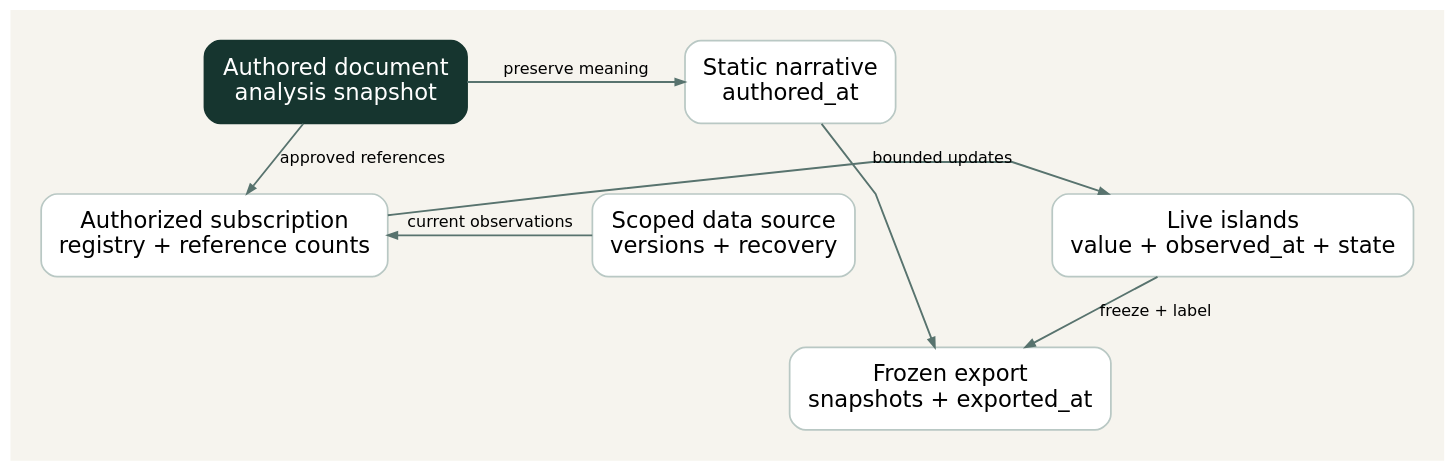
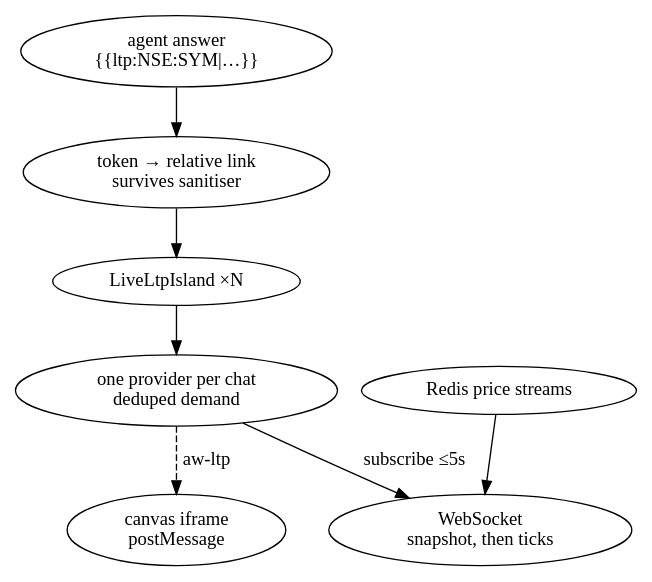
The diagram in src/assets/blog-diagrams/14-live-islands-static-reports-real-time-ui.dot (Shaunfurtado/Shaunfurtado.github.io), drawn with Graphviz before and after one commit. The commit also changed 114 other files, not shown here.

First line of the commit message:
refactor: rewrite blog posts around real system details and theme the diagrams

```diff
--- a/src/assets/blog-diagrams/14-live-islands-static-reports-real-time-ui.dot
+++ b/src/assets/blog-diagrams/14-live-islands-static-reports-real-time-ui.dot
@@ -1,20 +1,14 @@
-digraph design {
-graph [rankdir=TB, bgcolor="#f6f4ee", pad="0.32", nodesep="0.42", ranksep="0.55", splines=polyline, fontname="DejaVu Sans", fontsize=18];
-node [shape=box, style="rounded,filled", fillcolor="#ffffff", color="#b9c8c4", penwidth=1.3, fontname="DejaVu Sans", fontsize=17, margin="0.20,0.16"];
-edge [color="#58736e", fontname="DejaVu Sans", fontsize=12, arrowsize=0.7, penwidth=1.4];
-doc [label="Authored document\nanalysis snapshot",fillcolor="#16352f",fontcolor="#ffffff",color="#16352f"];
-static [label="Static narrative\nauthored_at"];
-registry [label="Authorized subscription\nregistry + reference counts"];
-live [label="Live islands\nvalue + observed_at + state"];
-export [label="Frozen export\nsnapshots + exported_at"];
-source [label="Scoped data source\nversions + recovery"];
-doc -> static [label="preserve meaning"];
-doc -> registry [label="approved references"];
-source -> registry [label="current observations"];
-registry -> live [label="bounded updates"];
-static -> export [label=""];
-live -> export [label="freeze + label"];
-{rank=same; doc; static;}
-{rank=same; source; registry; live;}
-{rank=same; export;}
+digraph islands {
+rankdir=TB;
+answer [label="agent answer\n{{ltp:NSE:SYM|…}}"];
+md [label="token → relative link\nsurvives sanitiser"];
+island [label="LiveLtpIsland ×N"];
+prov [label="one provider per chat\ndeduped demand", class="key"];
+ws [label="WebSocket\nsnapshot, then ticks"];
+redis [label="Redis price streams", class="ghost"];
+frame [label="canvas iframe\npostMessage"];
+answer -> md -> island -> prov;
+prov -> ws [label="subscribe ≤5s"];
+redis -> ws;
+prov -> frame [label="aw-ltp", style=dashed];
 }
```
